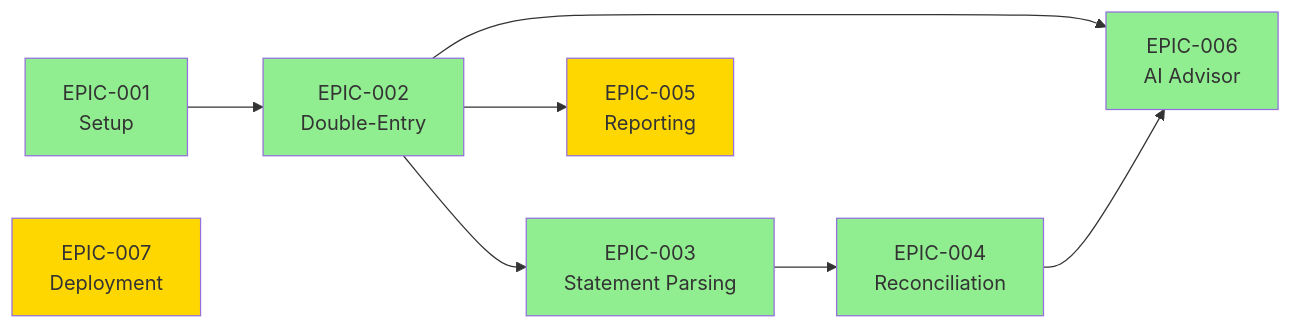
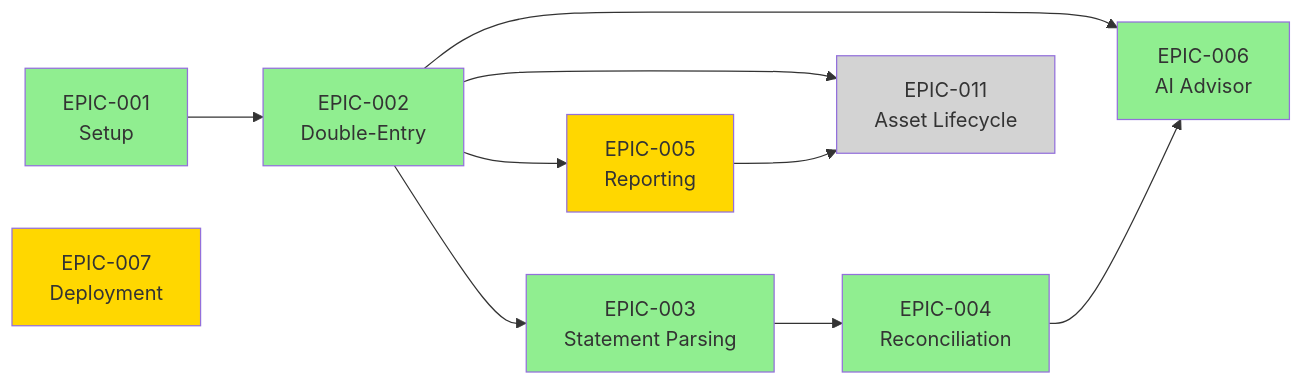
The diagram in docs/project/README.md (wangzitian0/finance_report), drawn with Mermaid before and after one commit. The commit also changed other lines of this file and 1 other file, not shown here.

First line of the commit message:
docs: consolidate EPIC-011 4-layer architecture design into single document

````diff
--- a/docs/project/README.md
+++ b/docs/project/README.md
@@ -51,18 +53,21 @@
 ```mermaid
 graph LR
     E1[EPIC-001<br/>Setup] --> E2[EPIC-002<br/>Double-Entry]
     E2 --> E3[EPIC-003<br/>Statement Parsing]
     E3 --> E4[EPIC-004<br/>Reconciliation]
     E2 --> E5[EPIC-005<br/>Reporting]
     E2 --> E6[EPIC-006<br/>AI Advisor]
     E4 --> E6
     E7[EPIC-007<br/>Deployment]
+    E2 --> E11[EPIC-011<br/>Asset Lifecycle]
+    E5 --> E11
     
     style E1 fill:#90EE90
     style E2 fill:#90EE90
     style E3 fill:#90EE90
     style E4 fill:#90EE90
     style E5 fill:#FFD700
     style E6 fill:#90EE90
     style E7 fill:#FFD700
+    style E11 fill:#D3D3D3
 ```
````
